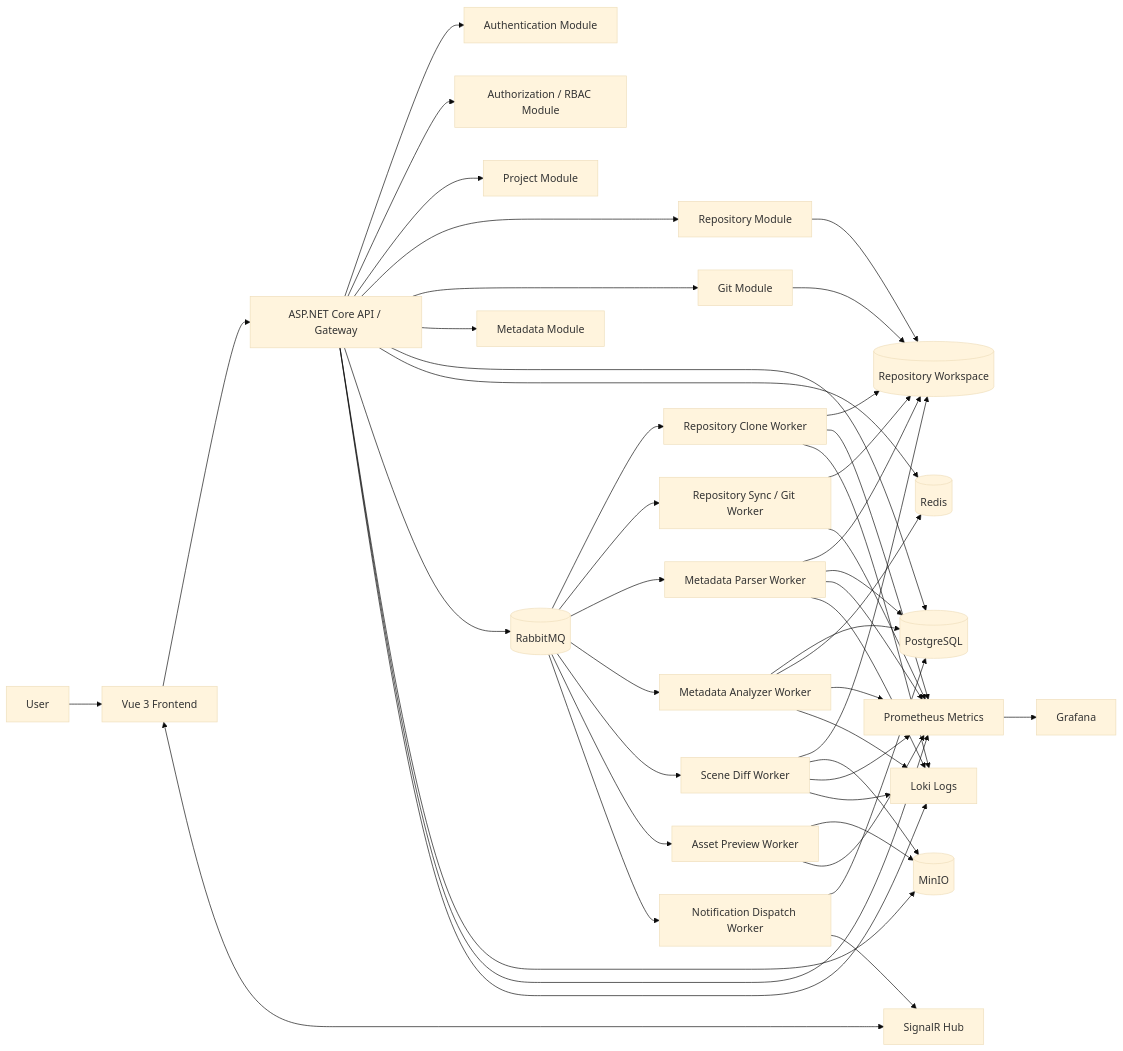
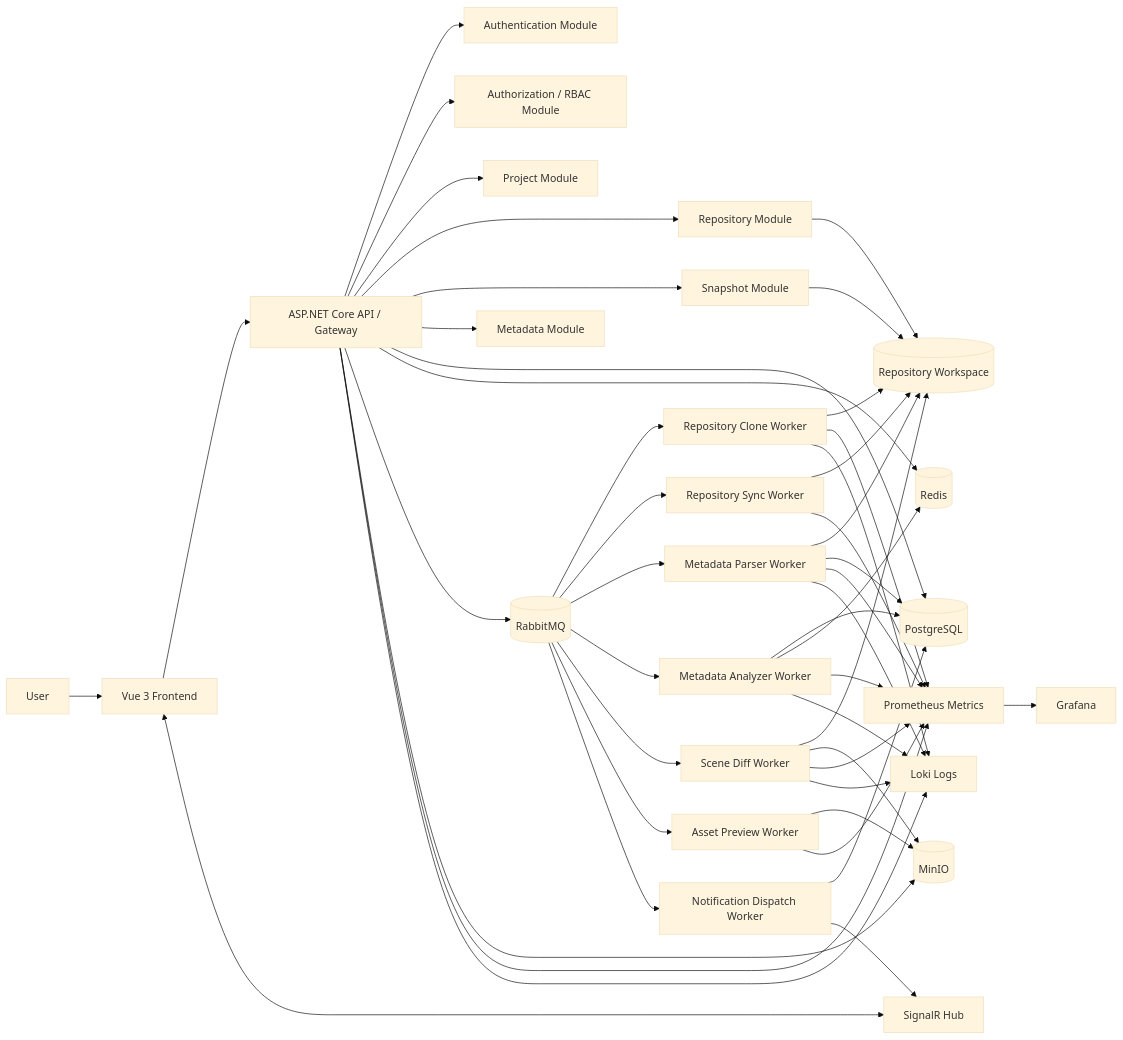
One commit to RudeusGs/GodForge changed the diagram in docs/SRS/02-architecture.md. Above: the diagram before and after it, drawn with Mermaid (base theme). The commit also changed other lines of this file and 11 other files, not shown here.

````diff
--- a/docs/SRS/02-architecture.md
+++ b/docs/SRS/02-architecture.md
@@ -71,54 +71,54 @@
 ```mermaid
 flowchart LR
     User[User] --> FE[Vue 3 Frontend]
     FE --> API[ASP.NET Core API / Gateway]
     FE <--> SignalR[SignalR Hub]
 
     API --> Auth[Authentication Module]
     API --> RBAC[Authorization / RBAC Module]
     API --> Project[Project Module]
     API --> Repo[Repository Module]
-    API --> Git[Git Module]
+    API --> Snapshot[Snapshot Module]
     API --> Metadata[Metadata Module]
     API --> PG[(PostgreSQL)]
     API --> Redis[(Redis)]
     API --> MQ[(RabbitMQ)]
     API --> MinIO[(MinIO)]
 
     MQ --> CloneWorker[Repository Clone Worker]
-    MQ --> GitWorker[Repository Sync / Git Worker]
+    MQ --> SyncWorker[Repository Sync Worker]
     MQ --> Parser[Metadata Parser Worker]
     MQ --> Analyzer[Metadata Analyzer Worker]
     MQ --> Diff[Scene Diff Worker]
     MQ --> Preview[Asset Preview Worker]
     MQ --> Notify[Notification Dispatch Worker]
 
     Repo --> Workspace[(Repository Workspace)]
-    Git --> Workspace
+    Snapshot --> Workspace
     CloneWorker --> Workspace
-    GitWorker --> Workspace
+    SyncWorker --> Workspace
     Parser --> Workspace
     Diff --> Workspace
 
     Parser --> PG
     Analyzer --> PG
     Analyzer --> Redis
     Diff --> MinIO
     Preview --> MinIO
     Notify --> PG
     Notify --> SignalR
 
     API --> Metrics[Prometheus Metrics]
     CloneWorker --> Metrics
-    GitWorker --> Metrics
+    SyncWorker --> Metrics
     Parser --> Metrics
     Analyzer --> Metrics
     Diff --> Metrics
     Preview --> Metrics
     Metrics --> Grafana[Grafana]
     API --> Loki[Loki Logs]
     CloneWorker --> Loki
     Parser --> Loki
     Analyzer --> Loki
     Diff --> Loki
 ```
````
